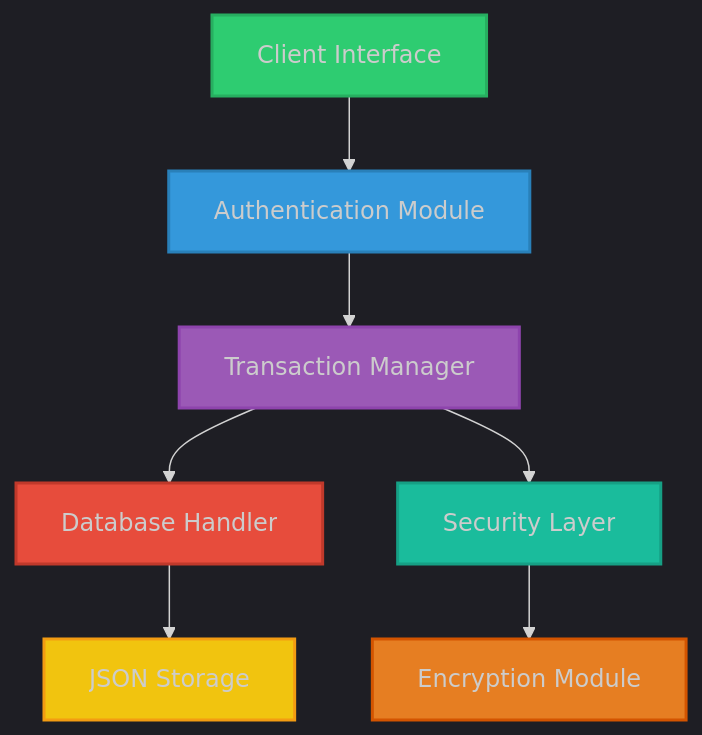
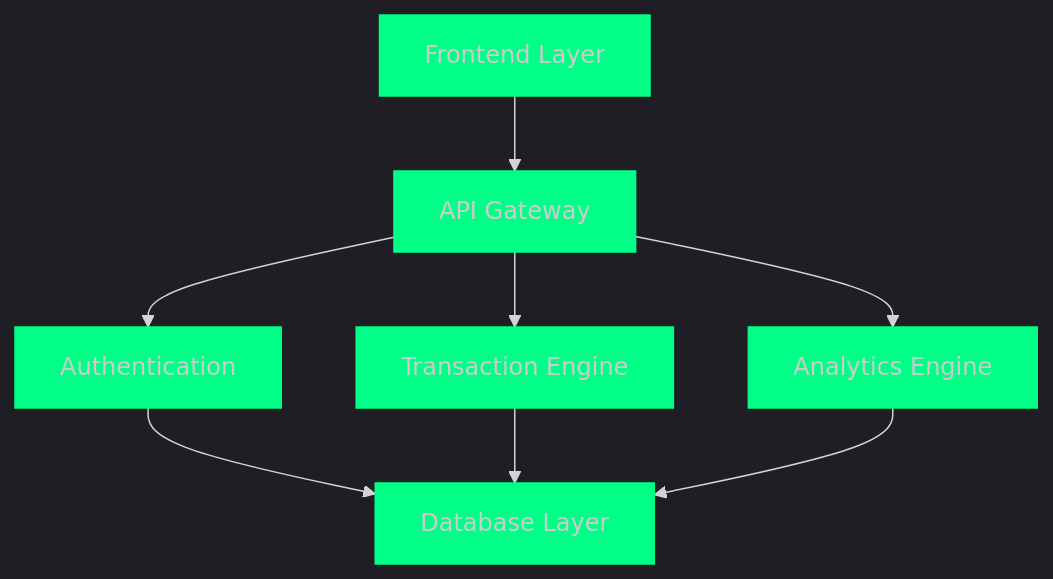
One commit to KOSALSENSOK096/Banking-Management-System.rar changed the second of 2 diagrams in README.md. Above: the diagram before and after it, drawn with Mermaid. The commit also changed other lines of this file, not shown here.

````diff
--- a/README.md
+++ b/README.md
@@ -197,18 +143,15 @@
 ```mermaid
 %%{init: {'theme': 'dark'}}%%
-graph TD
-    A[Client Interface] --> B[Authentication Module]
-    B --> C[Transaction Manager]
-    C --> D[Database Handler]
-    D --> E[JSON Storage]
-    C --> F[Security Layer]
-    F --> G[Encryption Module]
-
-    style A fill:#2ecc71,stroke:#27ae60,stroke-width:2px
-    style B fill:#3498db,stroke:#2980b9,stroke-width:2px
-    style C fill:#9b59b6,stroke:#8e44ad,stroke-width:2px
-    style D fill:#e74c3c,stroke:#c0392b,stroke-width:2px
-    style E fill:#f1c40f,stroke:#f39c12,stroke-width:2px
-    style F fill:#1abc9c,stroke:#16a085,stroke-width:2px
-    style G fill:#e67e22,stroke:#d35400,stroke-width:2px
+flowchart TB
+    A[Frontend Layer] --> B[API Gateway]
+    B --> C[Authentication]
+    B --> D[Transaction Engine]
+    B --> E[Analytics Engine]
+    C & D & E --> F[Database Layer]
+    style A fill:#00ff87,stroke:#00ff87
+    style B fill:#00ff87,stroke:#00ff87
+    style C fill:#00ff87,stroke:#00ff87
+    style D fill:#00ff87,stroke:#00ff87
+    style E fill:#00ff87,stroke:#00ff87
+    style F fill:#00ff87,stroke:#00ff87
 ```
````
